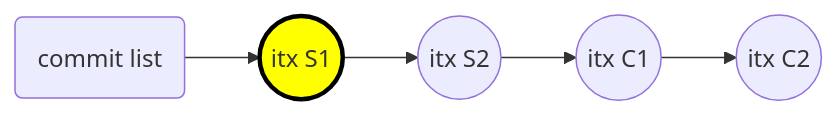
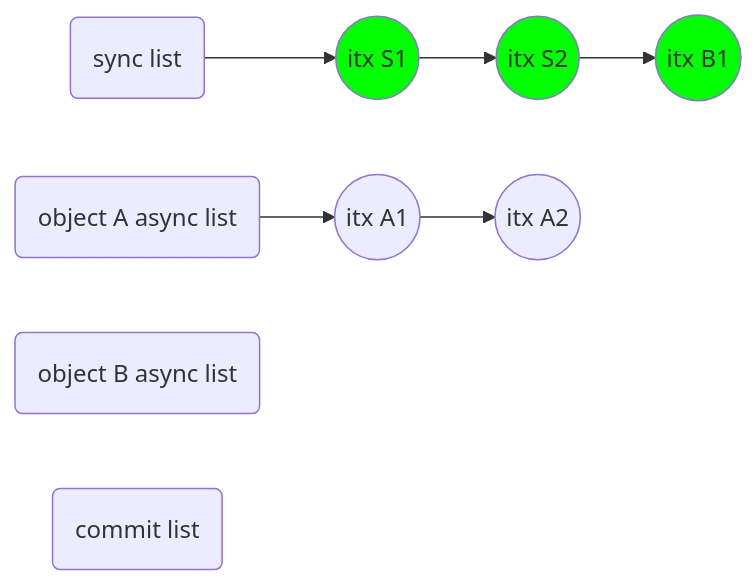
The seventh of 44 diagrams in content/post/2017-10-24-zil-performance-how-i-doubled-sync-write-speed.md (prakashsurya/prakashsurya.github.io), drawn with Mermaid before and after one commit. The commit also changed other lines of this file, not shown here.

Commit message:
Edit: ZIL Performance: How I Doubled Sync Write Speed (slides)

```diff
--- a/content/post/2017-10-24-zil-performance-how-i-doubled-sync-write-speed.md
+++ b/content/post/2017-10-24-zil-performance-how-i-doubled-sync-write-speed.md
@@ -388,9 +609,17 @@
 <div class="mermaid">
 graph LR
-  CLIST(commit list) --> SLIST-1((itx S1))
-  SLIST-1            --> SLIST-2((itx S2))
-  SLIST-2            --> OBJ-C-1((itx C1))
-  OBJ-C-1            --> OBJ-C-2((itx C2))
+  SLIST(sync list) --> SLIST-1((itx S1))
+  SLIST-1          --> SLIST-2((itx S2))
+  SLIST-2          --> OBJ-B-1((itx B1))
 
-  style SLIST-1 fill:#ffff00,stroke:#000000,stroke-width:3px
+  OBJ-A(object A async list) --> OBJ-A-1((itx A1))
+  OBJ-A-1                    --> OBJ-A-2((itx A2))
+
+  OBJ-B(object B async list)
+
+  CLIST(commit list)
+
+  style OBJ-B-1 fill:#00ff00
+  style SLIST-1 fill:#00ff00
+  style SLIST-2 fill:#00ff00
 </div>
```
